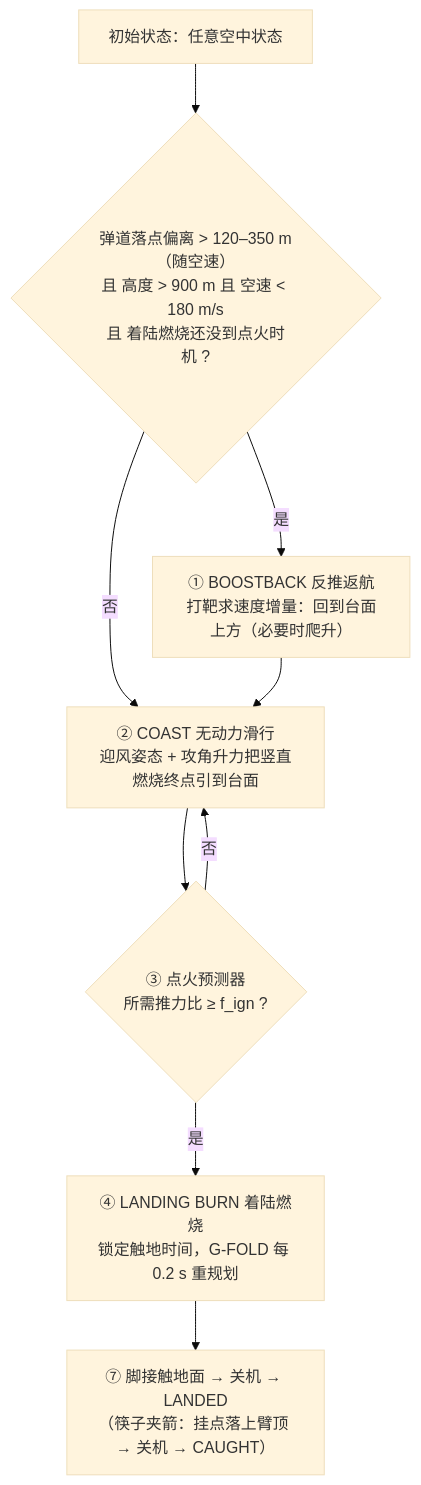
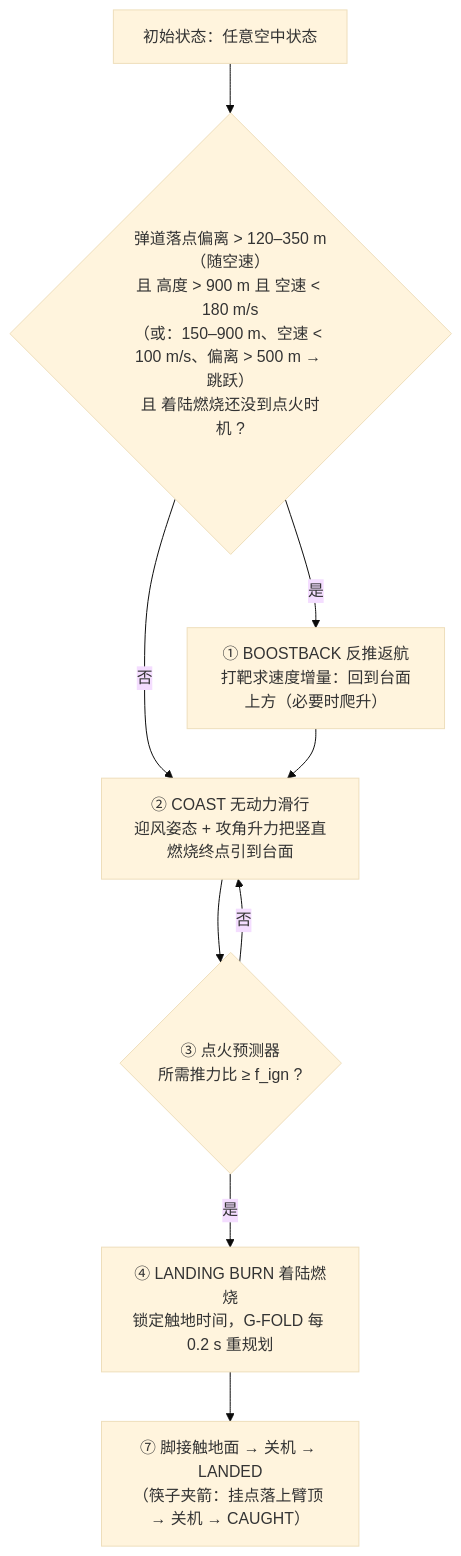
Before and after one commit to SpringMomu/GFOLD-Rocket-Recovery-Simulation: the diagram in README.md, drawn with Mermaid (base theme). The commit also changed other lines of this file and 8 other files, not shown here.

````diff
--- a/README.md
+++ b/README.md
@@ -83,11 +83,11 @@
 ```mermaid
 flowchart TD
-    A["初始状态：任意空中状态"] --> B{"弹道落点偏离 &gt; 120–350 m（随空速）<br/>且 高度 &gt; 900 m 且 空速 &lt; 180 m/s<br/>且 着陆燃烧还没到点火时机 ?"}
+    A["初始状态：任意空中状态"] --> B{"弹道落点偏离 &gt; 120–350 m（随空速）<br/>且 高度 &gt; 900 m 且 空速 &lt; 180 m/s<br/>（或：150–900 m、空速 &lt; 100 m/s、偏离 &gt; 500 m → 跳跃）<br/>且 着陆燃烧还没到点火时机 ?"}
     B -- 是 --> C["① BOOSTBACK 反推返航<br/>打靶求速度增量：回到台面上方（必要时爬升）"]
     B -- 否 --> D
     C --> D["② COAST 无动力滑行<br/>迎风姿态 + 攻角升力把竖直燃烧终点引到台面"]
     D --> E{"③ 点火预测器<br/>所需推力比 ≥ f_ign ?"}
     E -- 否 --> D
     E -- 是 --> F["④ LANDING BURN 着陆燃烧<br/>锁定触地时间，G-FOLD 每 0.2 s 重规划"]
     F --> G["⑦ 脚接触地面 → 关机 → LANDED<br/>（筷子夹箭：挂点落上臂顶 → 关机 → CAUGHT）"]
 ```
````
